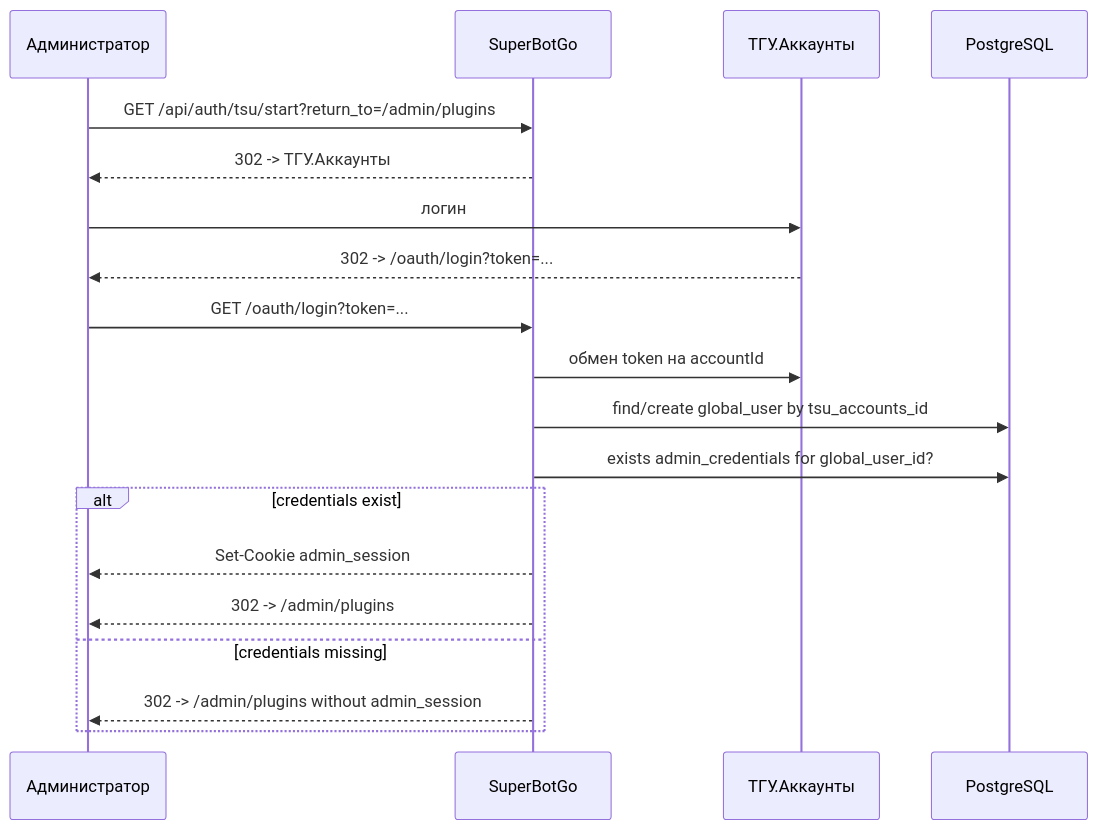
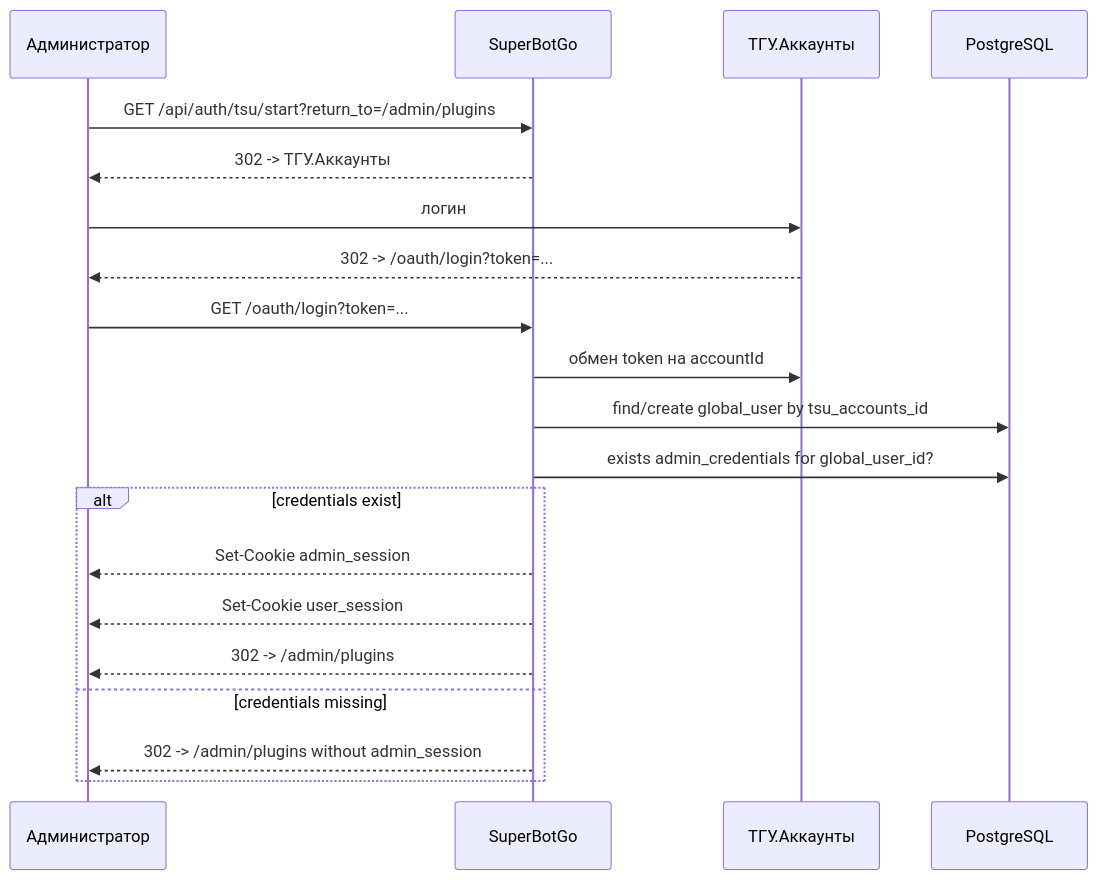
The diagram in architecture/admin-auth.md (SuperBotForge/docs), drawn with Mermaid before and after one commit. The commit also changed other lines of this file and 4 other files, not shown here.

````diff
--- a/architecture/admin-auth.md
+++ b/architecture/admin-auth.md
@@ -40,22 +43,23 @@
 ```mermaid
 sequenceDiagram
     participant U as Администратор
     participant S as SuperBotGo
     participant T as ТГУ.Аккаунты
     participant DB as PostgreSQL
 
     U->>S: GET /api/auth/tsu/start?return_to=/admin/plugins
     S-->>U: 302 -> ТГУ.Аккаунты
     U->>T: логин
     T-->>U: 302 -> /oauth/login?token=...
     U->>S: GET /oauth/login?token=...
     S->>T: обмен token на accountId
     S->>DB: find/create global_user by tsu_accounts_id
     S->>DB: exists admin_credentials for global_user_id?
     alt credentials exist
         S-->>U: Set-Cookie admin_session
+        S-->>U: Set-Cookie user_session
         S-->>U: 302 -> /admin/plugins
     else credentials missing
         S-->>U: 302 -> /admin/plugins without admin_session
     end
 ```
````
